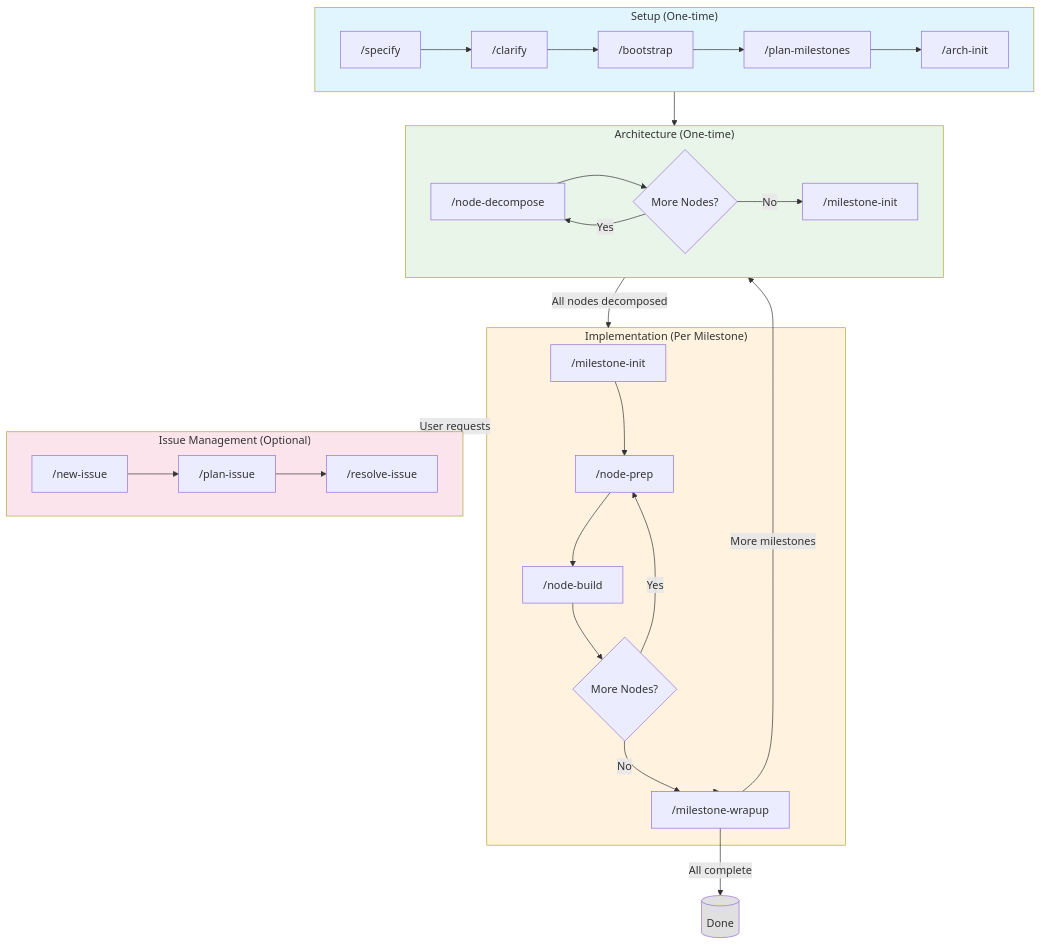
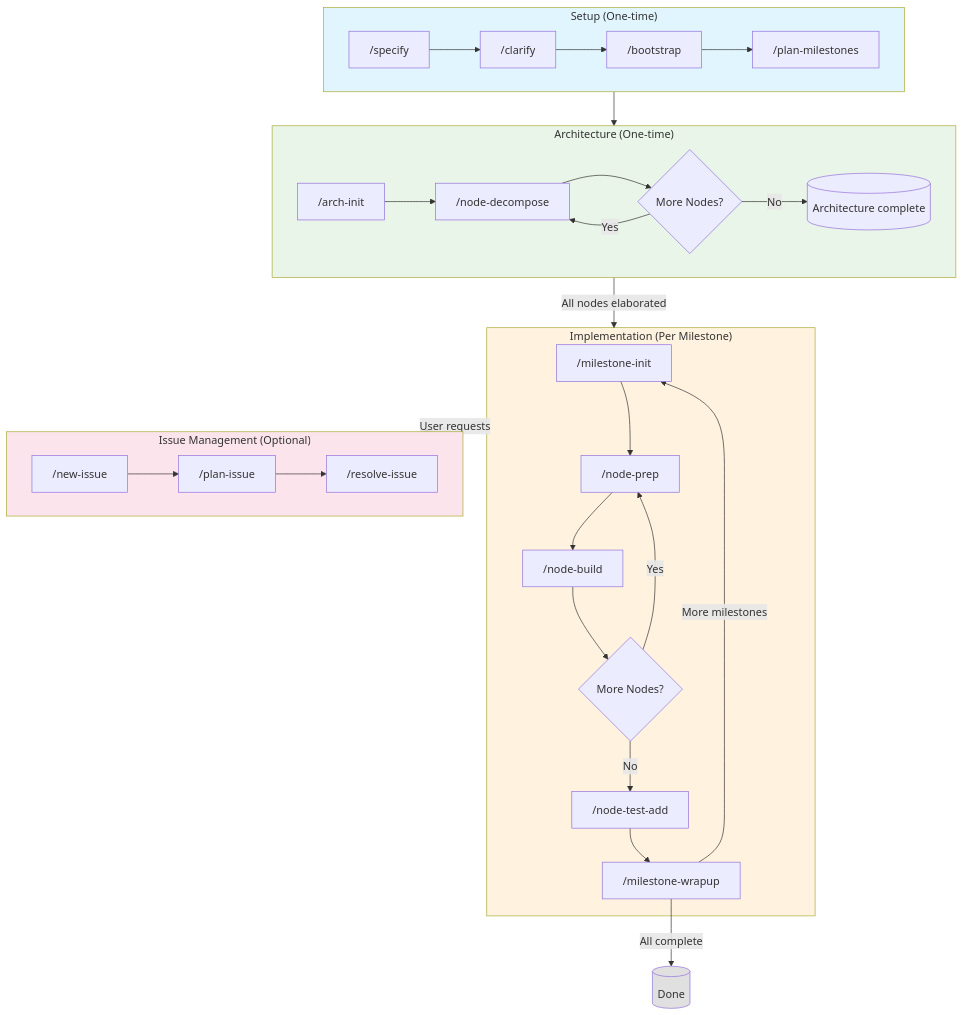
The diagram in README.md (JerryAZR/code-workflow-skills), drawn with Mermaid before and after one commit. The commit also changed other lines of this file and 3 other files, not shown here.

````diff
--- a/README.md
+++ b/README.md
@@ -52,41 +59,41 @@
 ```mermaid
 flowchart TB
     subgraph Setup["Setup (One-time)"]
         S1["/specify"] --> S2["/clarify"]
         S2 --> S3["/bootstrap"]
         S3 --> S4["/plan-milestones"]
-        S4 --> S5["/arch-init"]
     end
 
     subgraph Architecture["Architecture (One-time)"]
-        A1["/node-decompose"] --> A2{More Nodes?}
+        A0["/arch-init"] --> A1["/node-decompose"]
+        A1 --> A2{More Nodes?}
         A2 -->|Yes| A1
-        A2 -->|No| A3["/milestone-init"]
+        A2 -->|No| A3[("Architecture complete")]
     end
 
     subgraph Implementation["Implementation (Per Milestone)"]
         I1["/milestone-init"] --> I2["/node-prep"]
         I2 --> I3["/node-build"]
         I3 --> I4{More Nodes?}
         I4 -->|Yes| I2
-        I4 -->|No| I5["/milestone-wrapup"]
+        I4 -->|No| I5["/node-test-add"]
+        I5 --> I6["/milestone-wrapup"]
     end
 
     subgraph Issue["Issue Management (Optional)"]
         J1["/new-issue"] --> J2["/plan-issue"]
         J2 --> J3["/resolve-issue"]
     end
 
     Setup --> Architecture
-    Architecture -->|All nodes decomposed| Implementation
-    Implementation --> I5
-    I5 -->|More milestones| Architecture
-    I5 -->|All complete| Done[("Done")]
+    Architecture -->|All nodes elaborated| Implementation
+    I6 -->|More milestones| I1
+    I6 -->|All complete| Done[("Done")]
     Implementation -.->|User requests| Issue
 
     style Setup fill:#e1f5fe
     style Architecture fill:#e8f5e8
     style Implementation fill:#fff3e0
     style Issue fill:#fce4ec
     style Done fill:#e0e0e0
 ```
````
